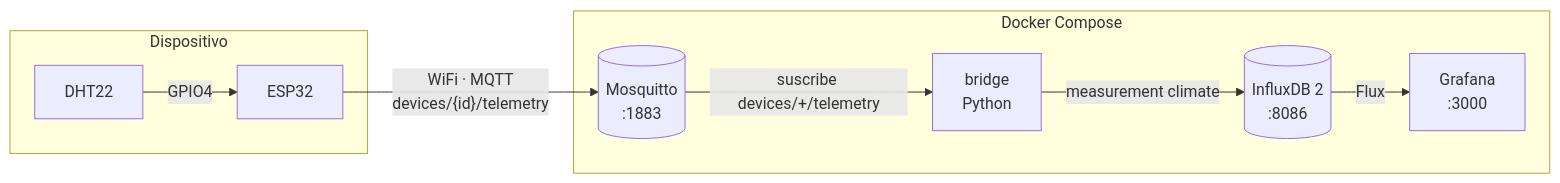
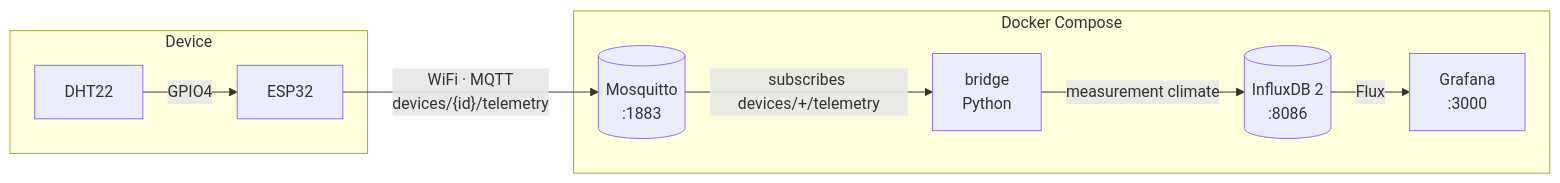
Before and after one commit to Joaquincuevas/esp32-iot-kit: the diagram in README.md, drawn with Mermaid. The commit also changed other lines of this file and 1 other file, not shown here.

````diff
--- a/README.md
+++ b/README.md
@@ -13,16 +15,16 @@
 ```mermaid
 flowchart LR
-    subgraph Dispositivo
+    subgraph Device
         DHT[DHT22] -->|GPIO4| ESP[ESP32]
     end
     subgraph "Docker Compose"
         MQ[(Mosquitto<br/>:1883)]
         BR[bridge<br/>Python]
         IN[(InfluxDB 2<br/>:8086)]
         GR[Grafana<br/>:3000]
     end
     ESP -->|"WiFi · MQTT<br/>devices/{id}/telemetry"| MQ
-    MQ -->|"suscribe devices/+/telemetry"| BR
+    MQ -->|"subscribes devices/+/telemetry"| BR
     BR -->|"measurement climate"| IN
     IN -->|Flux| GR
 ```
````
